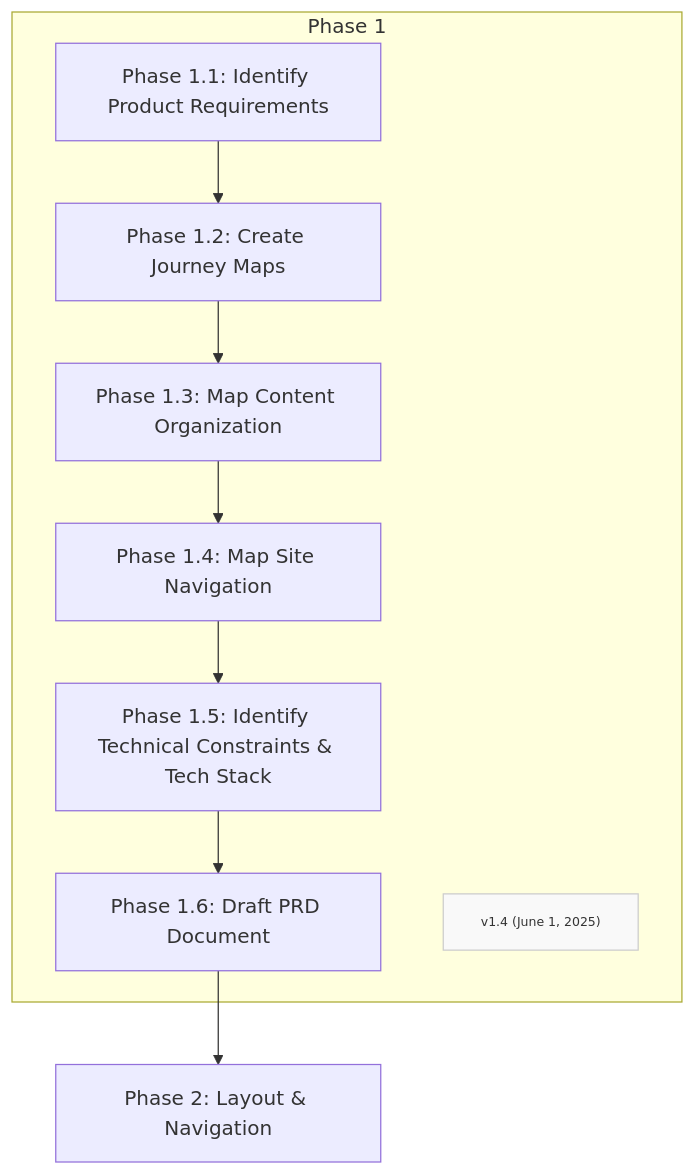
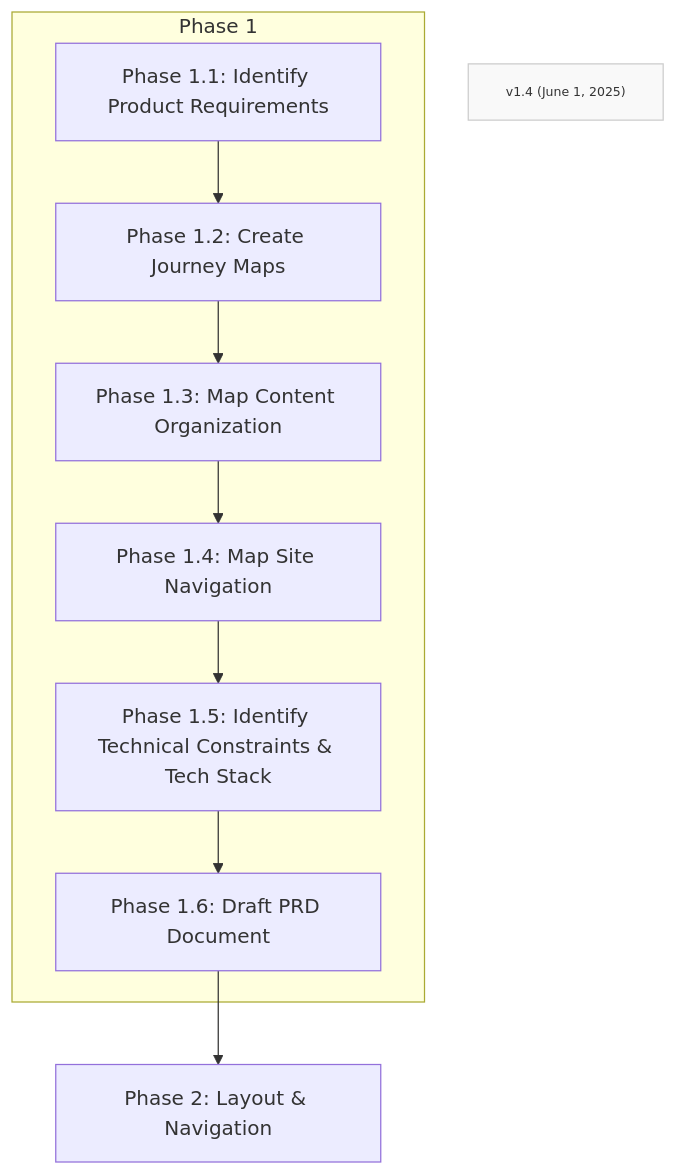
The diagram in Phases/FF-phase1.md (Mharbulous/Front-First-Method), drawn with Mermaid before and after one commit.

````diff
--- a/Phases/FF-phase1.md
+++ b/Phases/FF-phase1.md
@@ -1,16 +1,17 @@
 ```mermaid
 graph TD
     
     subgraph Phase1["Phase 1"]
         Phase1_1["Phase 1.1: Identify Product Requirements"] --> Phase1_2["Phase 1.2: Create Journey Maps"]
         Phase1_2 --> Phase1_3["Phase 1.3: Map Content Organization"]
         Phase1_3 --> Phase1_4["Phase 1.4: Map Site Navigation"]
         Phase1_4 --> Phase1_5["Phase 1.5: Identify Technical Constraints & Tech Stack"]
         Phase1_5 --> Phase1_6["Phase 1.6: Draft PRD Document"]
-        Version["v1.4 (June 1, 2025)"]
-        classDef version fill:#f9f9f9,stroke:#ccc,font-size:10px
-        class Version version
+        
     end
 
 Phase1_6 --> Phase2["Phase 2: Layout & Navigation"]
+Version["v1.4 (June 1, 2025)"]
+        classDef version fill:#f9f9f9,stroke:#ccc,font-size:10px
+        class Version version
 ```
````
